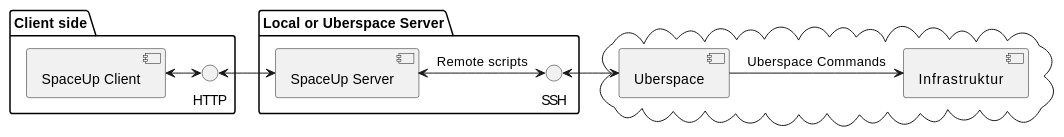
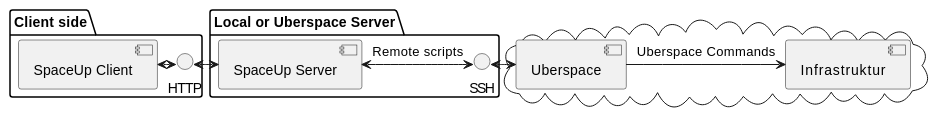
The diagram in src/main/resources/docs/asciidoc/index.adoc (SpaceUp-Cloud/SpaceUp-Server), drawn with PlantUML before and after one commit.

Commit message:
Use smetana layout as it does not require graphviz anymore <3

```diff
--- a/src/main/resources/docs/asciidoc/index.adoc
+++ b/src/main/resources/docs/asciidoc/index.adoc
@@ -107,16 +107,17 @@
 [plantuml, architecture-diagram, svg, opts=inline]
 ----
+!pragma layout smetana
 package "Client side" {
     [SpaceUp Client] <-> HTTP
 }
 
 package "Local or Uberspace Server" {
     SSH <-left-> [SpaceUp Server] : Remote scripts
     HTTP <-left-> [SpaceUp Server]
 }
 
 cloud {
     SSH <-right-> [Uberspace] : ""
     [Infrastruktur] <-left- [Uberspace] : Uberspace Commands
 }
 ----
```
